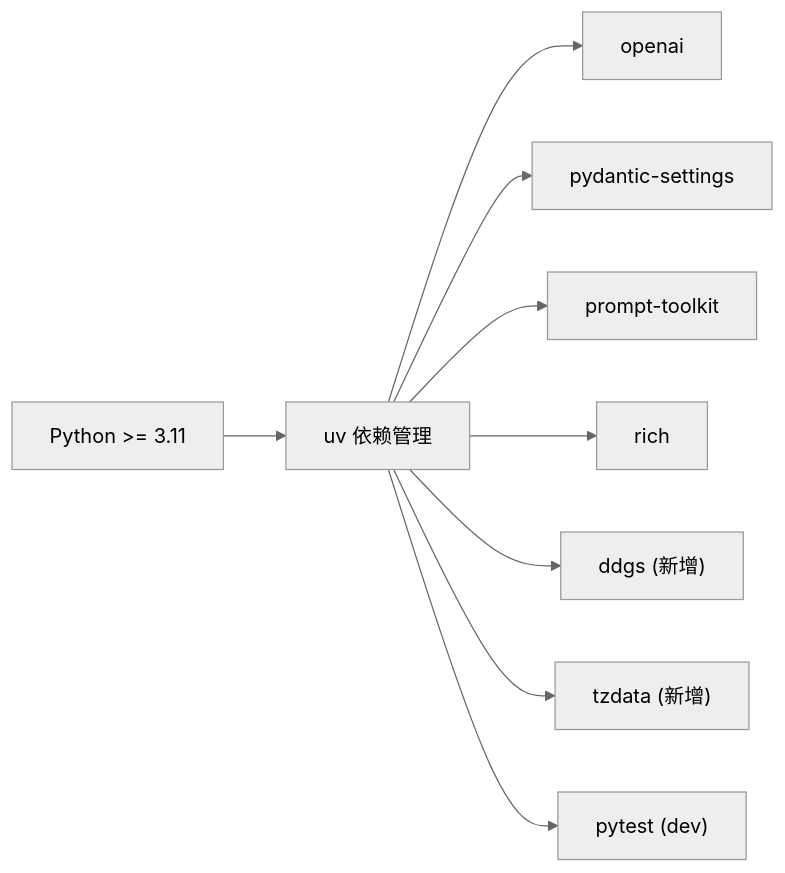
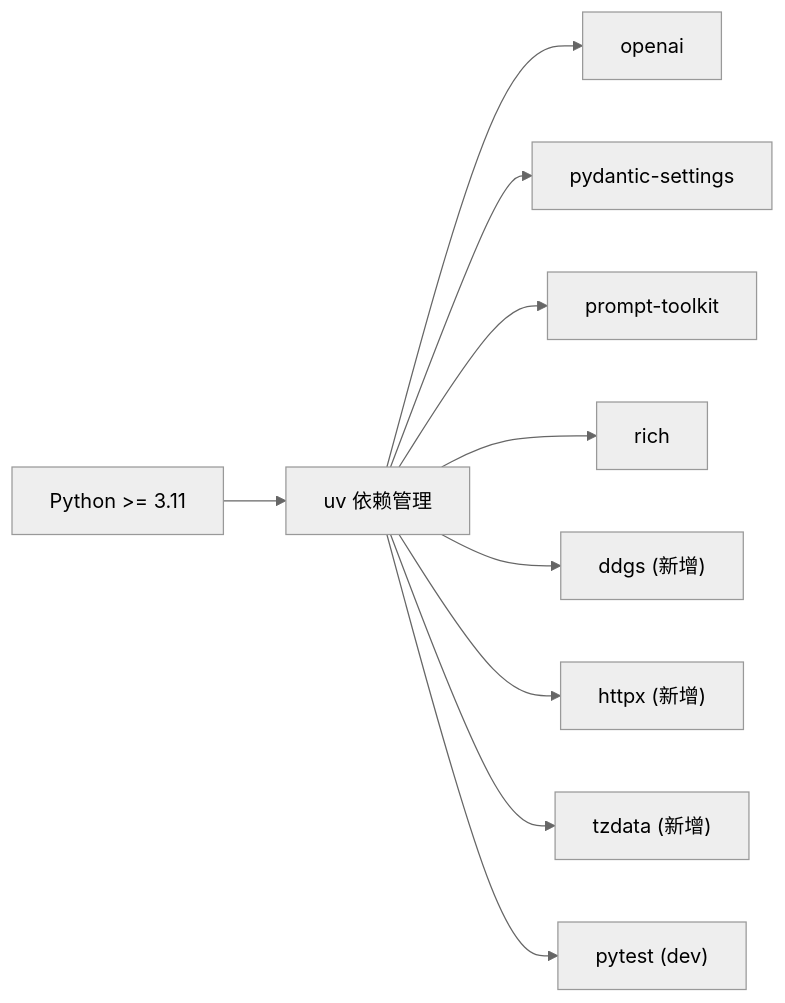
The fifth of 5 diagrams in .qoder/repowiki/zh/content/快速开始.md (250shiwo/MySmallAgent), drawn with Mermaid (neutral theme) before and after one commit. The commit also changed other lines of this file and 28 other files, not shown here.

````diff
--- a/.qoder/repowiki/zh/content/快速开始.md
+++ b/.qoder/repowiki/zh/content/快速开始.md
@@ -361,11 +511,12 @@
 ```mermaid
 graph LR
 PY["Python >= 3.11"] --> UV["uv 依赖管理"]
 UV --> OAI["openai"]
 UV --> PSET["pydantic-settings"]
 UV --> PT["prompt-toolkit"]
 UV --> RICH["rich"]
 UV --> DDGS["ddgs (新增)"]
+UV --> HTTPX["httpx (新增)"]
 UV --> TZDATA["tzdata (新增)"]
 UV --> TEST["pytest (dev)"]
 ```
````
